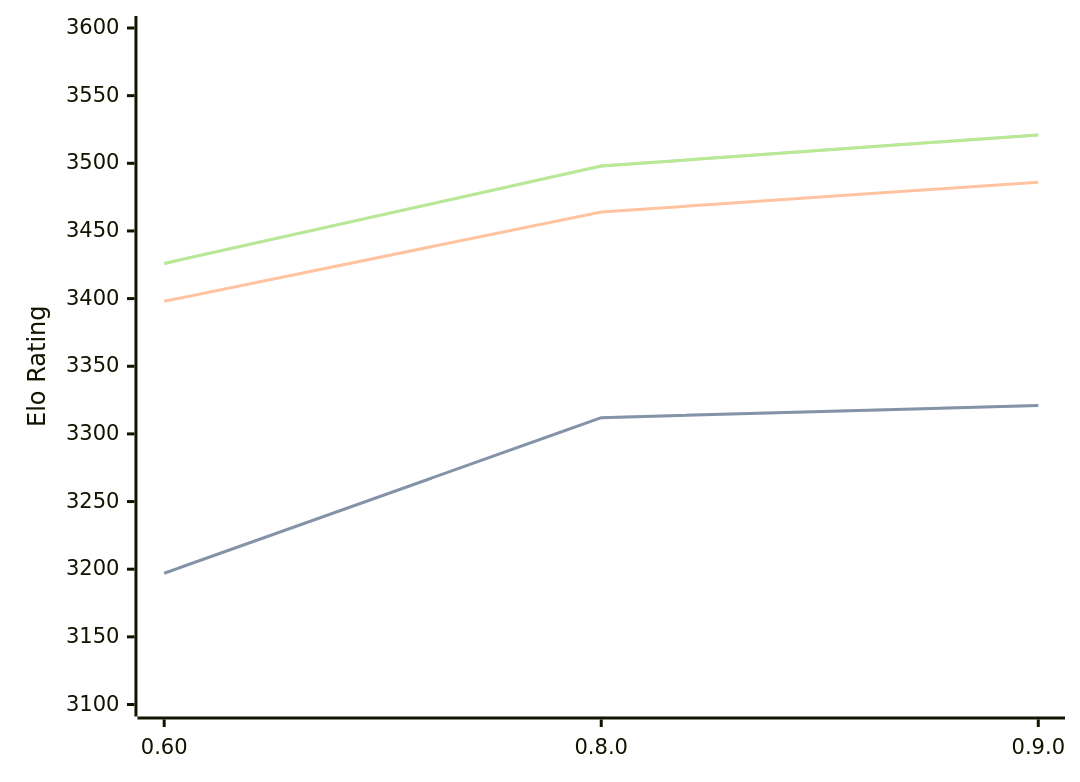
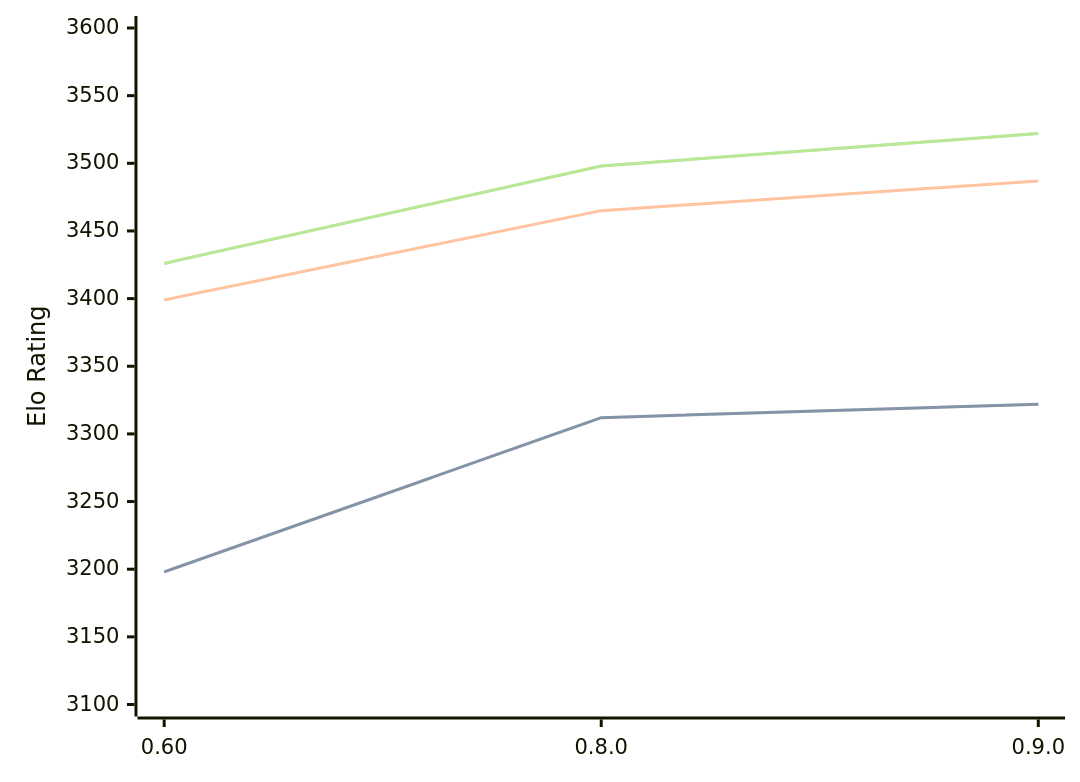
One commit to computer-chess-index/cci changed the diagram in engines/Motor.md. Above: the diagram before and after it, drawn with Mermaid. The commit also changed other lines of this file, not shown here.

Commit message:
Update CCI Ratings (ELO VLTC) - 2026-07-24

````diff
--- a/engines/Motor.md
+++ b/engines/Motor.md
@@ -39,11 +39,11 @@
 ```mermaid
 %%{init: {"theme":"base","themeVariables":{"seriesColors:['#a3a3a3','#222221','#faa371']}}}%%
 xychart-beta
   x-axis ["0.60", "0.8.0", "0.9.0"]
   y-axis "Elo Rating" 3100 --> 3600
-  line "STC (8.0+0.08s)" [3197, 3312, 3321]
-  line "STC (8.0+0.08s)" [3197, 3312, 3321]
-  line "LTC (60.0+0.60s)" [3398, 3464, 3486]
-  line "VLTC (2m24s+1.12s)" [3426, 3498, 3521]
-  line "VLTC (2m24s+1.12s)" [3426, 3498, 3521]
+  line "STC (8.0+0.08s)" [3198, 3312, 3322]
+  line "STC (8.0+0.08s)" [3198, 3312, 3322]
+  line "LTC (60.0+0.60s)" [3399, 3465, 3487]
+  line "VLTC (2m24s+1.12s)" [3426, 3498, 3522]
+  line "VLTC (2m24s+1.12s)" [3426, 3498, 3522]
 ```
````
